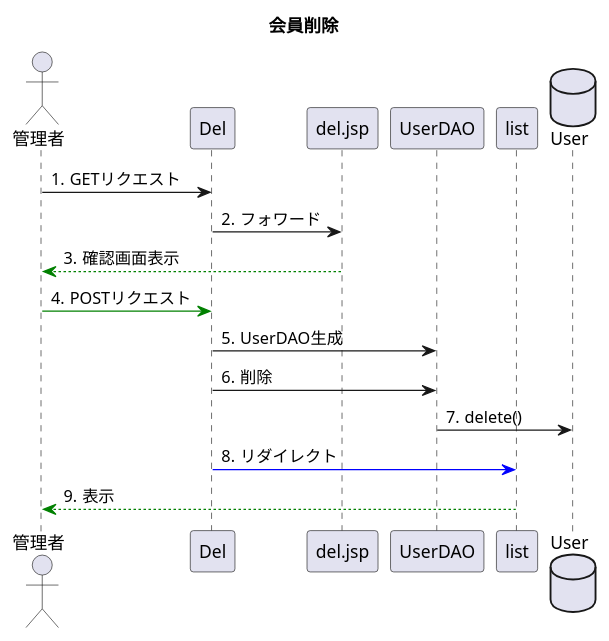
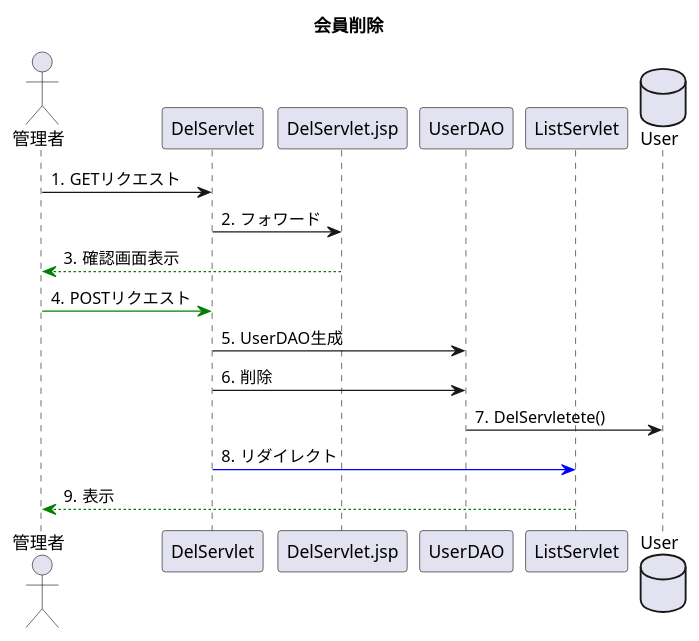
The diagram in uml_detail/seq_del.pu (toufu66/ProjectC), drawn with PlantUML before and after one commit. The commit also changed 1 other file, not shown here.

```diff
--- a/uml_detail/seq_del.pu
+++ b/uml_detail/seq_del.pu
@@ -1,19 +1,19 @@
 @startuml
 title 会員削除
 autonumber "#."
 actor 管理者
 database User
 
 
-管理者 ->Del:GETリクエスト
-Del -> del.jsp:フォワード
-del.jsp --[#green]> 管理者:確認画面表示
-管理者 -[#green]> Del:POSTリクエスト
+管理者 ->DelServlet:GETリクエスト
+DelServlet -> DelServlet.jsp:フォワード
+DelServlet.jsp --[#green]> 管理者:確認画面表示
+管理者 -[#green]> DelServlet:POSTリクエスト
 
-Del -> UserDAO:UserDAO生成
-Del -> UserDAO:削除
-UserDAO -> User:delete()
-Del-[#blue]> list:リダイレクト
-list --[#green]> 管理者:表示
+DelServlet -> UserDAO:UserDAO生成
+DelServlet -> UserDAO:削除
+UserDAO -> User:DelServletete()
+DelServlet-[#blue]> ListServlet:リダイレクト
+ListServlet --[#green]> 管理者:表示
 database User
 @enduml
```
